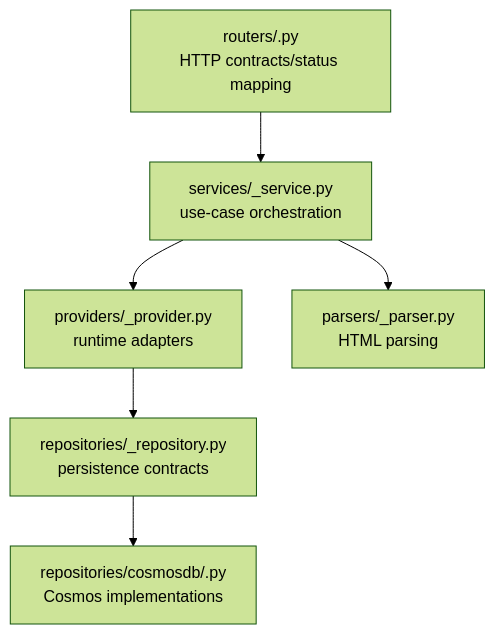
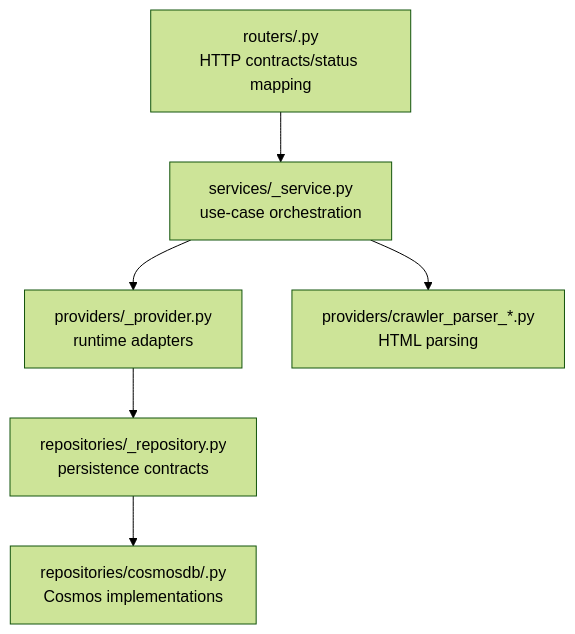
Before and after one commit to datntdev0/toolbox-media-studio: the second of 2 diagrams in srcs/backend/README.md, drawn with Mermaid (forest theme). The commit also changed other lines of this file and 6 other files, not shown here.

````diff
--- a/srcs/backend/README.md
+++ b/srcs/backend/README.md
@@ -51,13 +111,13 @@
 ```mermaid
 flowchart TB
     R["routers/<feature>.py<br/>HTTP contracts/status mapping"]
     S["services/<feature>_service.py<br/>use-case orchestration"]
     P["providers/<adapter>_provider.py<br/>runtime adapters"]
-    Parsers["parsers/<site>_parser.py<br/>HTML parsing"]
+    Parsers["providers/crawler_parser_*.py<br/>HTML parsing"]
     Repo["repositories/<entity>_repository.py<br/>persistence contracts"]
     Cosmos["repositories/cosmosdb/<entity>.py<br/>Cosmos implementations"]
 
     R --> S
     S --> P --> Repo --> Cosmos
     S --> Parsers
 ```
````
